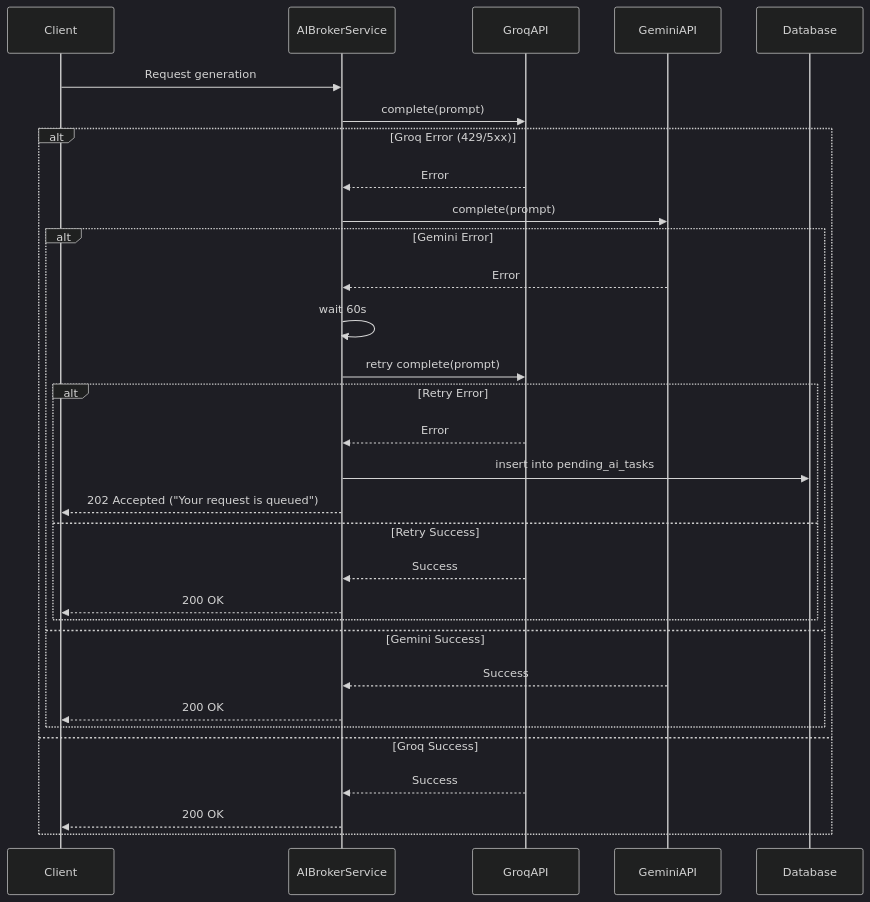
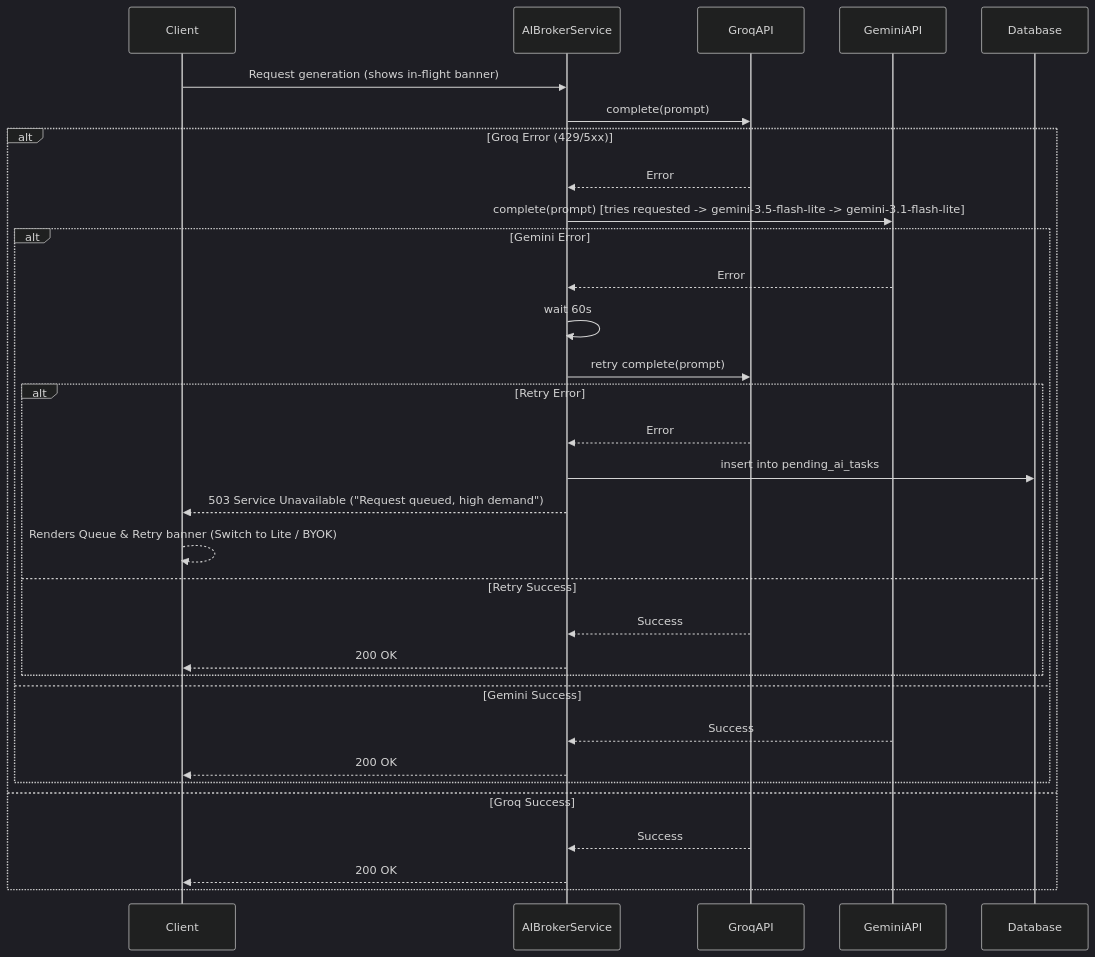
One commit to botmaksim/lingua-optima changed the third of 6 diagrams in docs/AI_INTEGRATION.md. Above: the diagram before and after it, drawn with Mermaid (dark theme). The commit also changed other lines of this file and 12 other files, not shown here.

Commit message:
fix(ai): specialize essay prompts, add Gemini Lite fallbacks, and enhance waiting/queue UX

````diff
--- a/docs/AI_INTEGRATION.md
+++ b/docs/AI_INTEGRATION.md
@@ -180,34 +191,35 @@
 ```mermaid
 sequenceDiagram
     participant Client
     participant AIBrokerService
     participant GroqAPI
     participant GeminiAPI
     participant Database
     
-    Client->>AIBrokerService: Request generation
+    Client->>AIBrokerService: Request generation (shows in-flight banner)
     AIBrokerService->>GroqAPI: complete(prompt)
     alt Groq Error (429/5xx)
         GroqAPI-->>AIBrokerService: Error
-        AIBrokerService->>GeminiAPI: complete(prompt)
+        AIBrokerService->>GeminiAPI: complete(prompt) [tries requested -> gemini-3.5-flash-lite -> gemini-3.1-flash-lite]
         alt Gemini Error
             GeminiAPI-->>AIBrokerService: Error
             AIBrokerService->>AIBrokerService: wait 60s
             AIBrokerService->>GroqAPI: retry complete(prompt)
             alt Retry Error
                 GroqAPI-->>AIBrokerService: Error
                 AIBrokerService->>Database: insert into pending_ai_tasks
-                AIBrokerService-->>Client: 202 Accepted ("Your request is queued")
+                AIBrokerService-->>Client: 503 Service Unavailable ("Request queued, high demand")
+                Client-->>Client: Renders Queue & Retry banner (Switch to Lite / BYOK)
             else Retry Success
                 GroqAPI-->>AIBrokerService: Success
                 AIBrokerService-->>Client: 200 OK
             end
         else Gemini Success
             GeminiAPI-->>AIBrokerService: Success
             AIBrokerService-->>Client: 200 OK
         end
     else Groq Success
         GroqAPI-->>AIBrokerService: Success
         AIBrokerService-->>Client: 200 OK
     end
 ```
````
